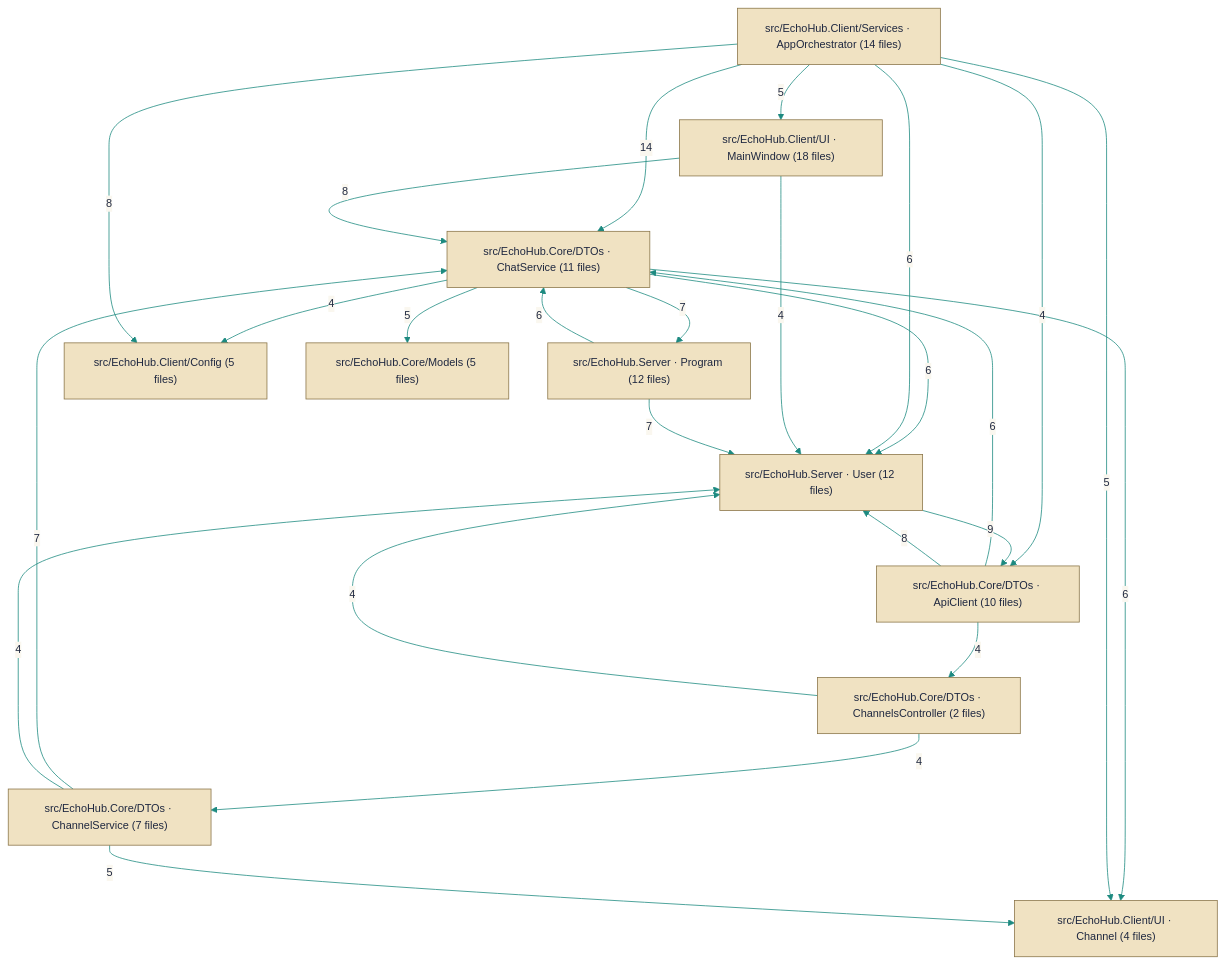
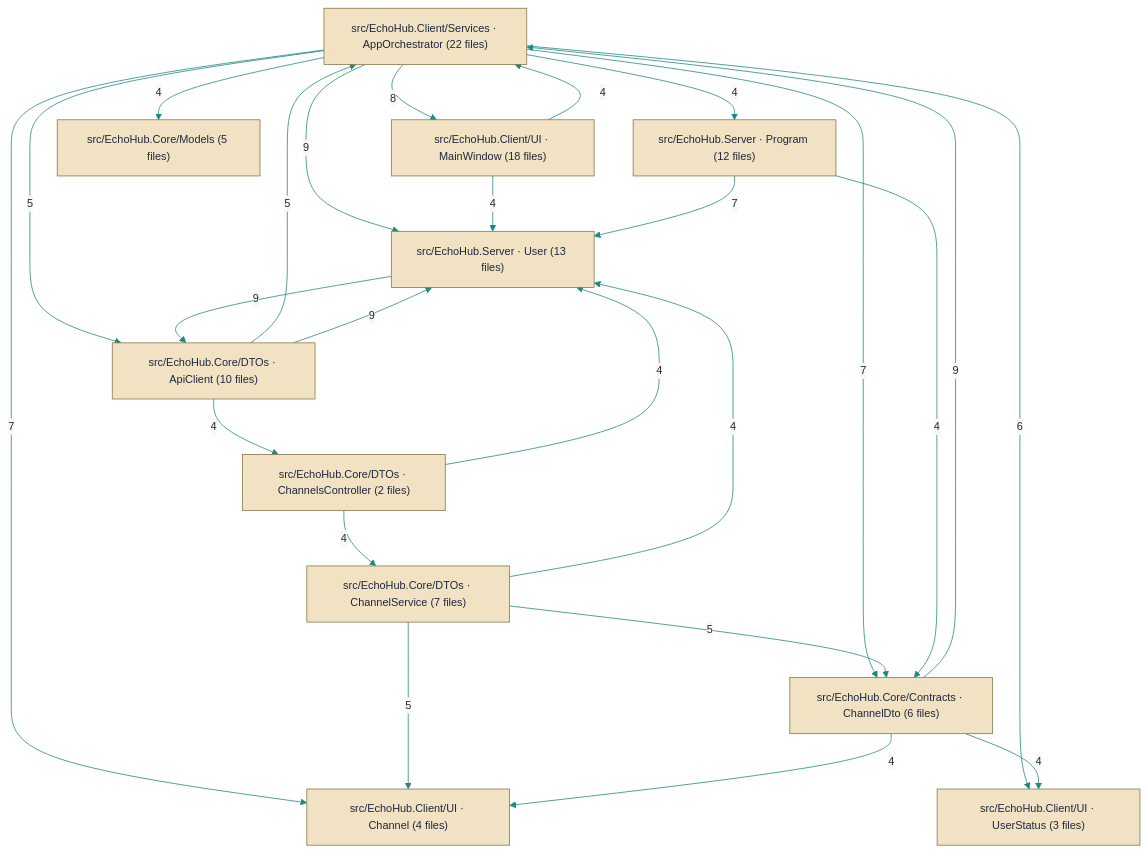
Before and after one commit to HueByte/EchoHub: the diagram in docs/auriondocs/Synthesis/Architecture.md, drawn with Mermaid. The commit also changed other lines of this file and 143 other files, not shown here.

````diff
--- a/docs/auriondocs/Synthesis/Architecture.md
+++ b/docs/auriondocs/Synthesis/Architecture.md
@@ -20,39 +20,39 @@
 ```mermaid
 %%{init: {'theme':'base','themeVariables':{'background':'#faf7ef','primaryColor':'#f0e2c2','primaryTextColor':'#1f2840','primaryBorderColor':'#8a7548','secondaryColor':'#d9efec','secondaryBorderColor':'#1d8a80','secondaryTextColor':'#1f2840','tertiaryColor':'#f2ebd8','tertiaryBorderColor':'#8a7548','tertiaryTextColor':'#1f2840','lineColor':'#1d8a80','titleColor':'#1f2840','fontSize':'14px','edgeLabelBackground':'#faf7ef','clusterBkg':'#f2ebd8','clusterBorder':'#8a7548','actorBkg':'#f0e2c2','actorBorder':'#8a7548','actorTextColor':'#1f2840','actorLineColor':'#8a7548','signalColor':'#1d8a80','signalTextColor':'#1f2840','activationBkgColor':'#d9efec','activationBorderColor':'#1d8a80','noteBkgColor':'#f2ebd8','noteBorderColor':'#8a7548','noteTextColor':'#1f2840','labelBoxBkgColor':'#f0e2c2','labelBoxBorderColor':'#8a7548','labelTextColor':'#1f2840','transitionColor':'#1d8a80','transitionLabelColor':'#1f2840','stateLabelColor':'#1f2840','altBackground':'#f2ebd8'}}}%%
 flowchart TB
-    n0["src/EchoHub.Core/DTOs · ChatService (11 files)"]
-    n1["src/EchoHub.Client/Services · AppOrchestrator (14 files)"]
-    n2["src/EchoHub.Client/UI · MainWindow (18 files)"]
-    n3["src/EchoHub.Core/DTOs · ApiClient (10 files)"]
-    n4["src/EchoHub.Server · User (12 files)"]
-    n5["src/EchoHub.Core/DTOs · ChannelService (7 files)"]
-    n6["src/EchoHub.Server · Program (12 files)"]
-    n7["src/EchoHub.Client/Config (5 files)"]
-    n8["src/EchoHub.Client/UI · Channel (4 files)"]
+    n0["src/EchoHub.Client/Services · AppOrchestrator (22 files)"]
+    n1["src/EchoHub.Client/UI · MainWindow (18 files)"]
+    n2["src/EchoHub.Core/DTOs · ApiClient (10 files)"]
+    n3["src/EchoHub.Server · User (13 files)"]
+    n4["src/EchoHub.Core/DTOs · ChannelService (7 files)"]
+    n5["src/EchoHub.Server · Program (12 files)"]
+    n6["src/EchoHub.Core/Contracts · ChannelDto (6 files)"]
+    n7["src/EchoHub.Client/UI · Channel (4 files)"]
+    n8["src/EchoHub.Client/UI · UserStatus (3 files)"]
     n9["src/EchoHub.Core/DTOs · ChannelsController (2 files)"]
     n10["src/EchoHub.Core/Models (5 files)"]
-    n0 -->|5| n10
-    n0 -->|6| n4
+    n0 -->|8| n1
+    n0 -->|4| n10
+    n0 -->|5| n2
+    n0 -->|9| n3
+    n0 -->|4| n5
     n0 -->|7| n6
-    n0 -->|4| n7
+    n0 -->|7| n7
     n0 -->|6| n8
-    n1 -->|14| n0
-    n1 -->|5| n2
+    n1 -->|4| n0
     n1 -->|4| n3
-    n1 -->|6| n4
-    n1 -->|8| n7
-    n1 -->|5| n8
-    n2 -->|8| n0
-    n2 -->|4| n4
-    n3 -->|6| n0
-    n3 -->|8| n4
-    n3 -->|4| n9
-    n4 -->|9| n3
-    n5 -->|7| n0
-    n5 -->|4| n4
-    n5 -->|5| n8
-    n6 -->|6| n0
-    n6 -->|7| n4
+    n2 -->|5| n0
+    n2 -->|9| n3
+    n2 -->|4| n9
+    n3 -->|9| n2
+    n4 -->|4| n3
+    n4 -->|5| n6
+    n4 -->|5| n7
+    n5 -->|7| n3
+    n5 -->|4| n6
+    n6 -->|9| n0
+    n6 -->|4| n7
+    n6 -->|4| n8
+    n9 -->|4| n3
     n9 -->|4| n4
-    n9 -->|4| n5
 ```
````
